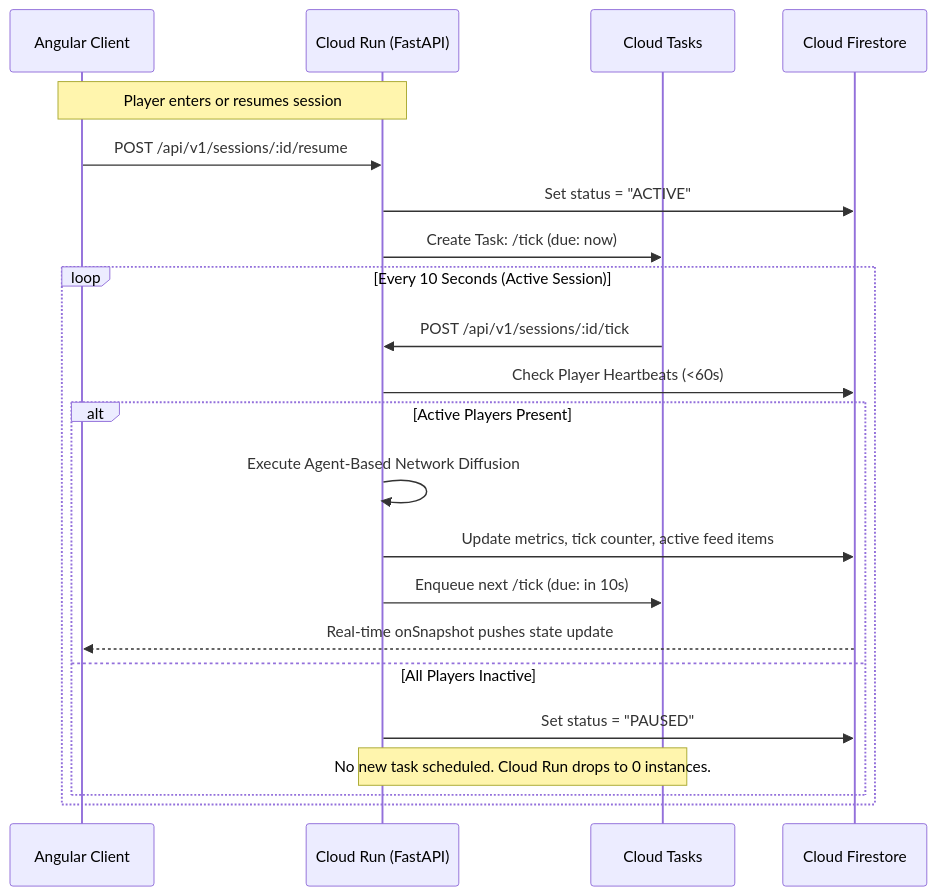
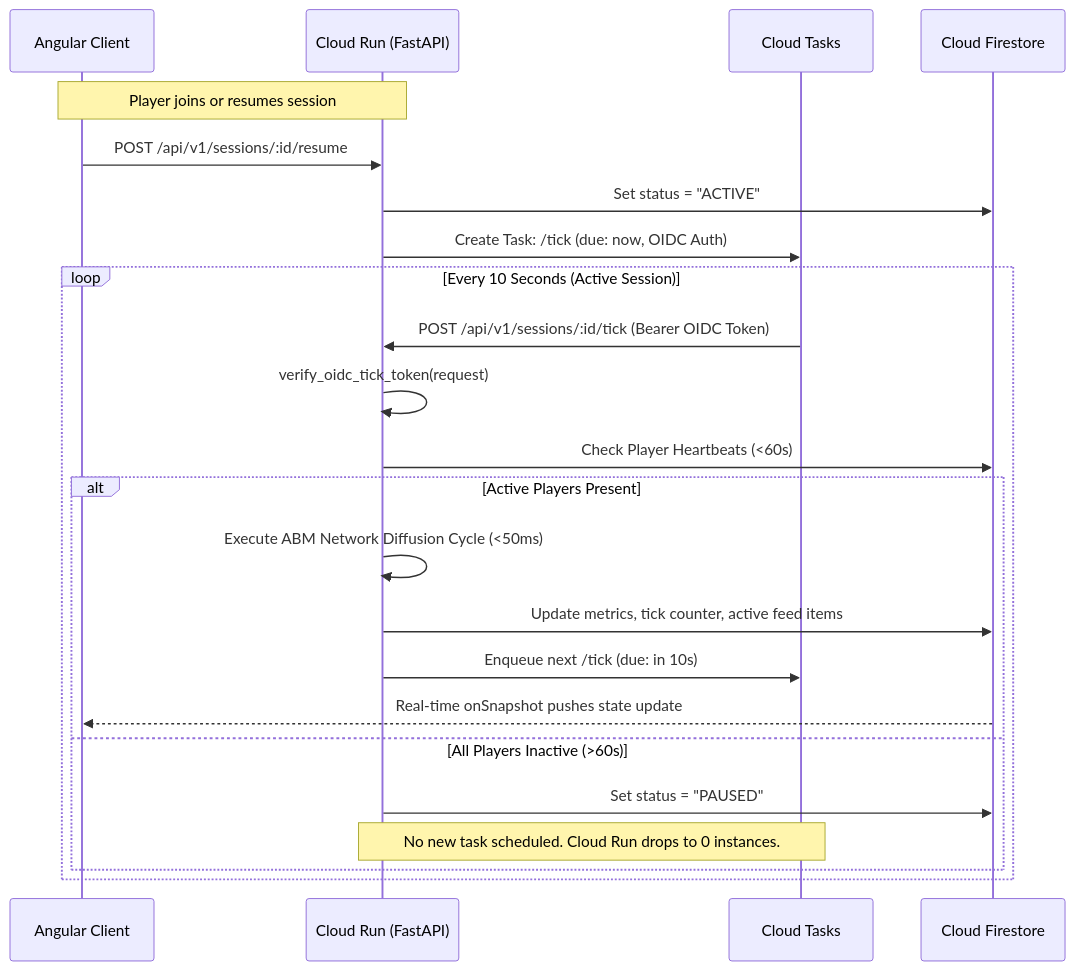
Before and after one commit to matzie5/info: the second of 3 diagrams in TECHNICAL_SPECIFICATION.md, drawn with Mermaid. The commit also changed other lines of this file and 64 other files, not shown here.

````diff
--- a/TECHNICAL_SPECIFICATION.md
+++ b/TECHNICAL_SPECIFICATION.md
@@ -87,26 +117,27 @@
 ```mermaid
 sequenceDiagram
     participant UI as Angular Client
     participant API as Cloud Run (FastAPI)
     participant CT as Cloud Tasks
     participant FS as Cloud Firestore
 
-    Note over UI,API: Player enters or resumes session
+    Note over UI,API: Player joins or resumes session
     UI->>API: POST /api/v1/sessions/:id/resume
     API->>FS: Set status = "ACTIVE"
-    API->>CT: Create Task: /tick (due: now)
+    API->>CT: Create Task: /tick (due: now, OIDC Auth)
     
     loop Every 10 Seconds (Active Session)
-        CT->>API: POST /api/v1/sessions/:id/tick
+        CT->>API: POST /api/v1/sessions/:id/tick (Bearer OIDC Token)
+        API->>API: verify_oidc_tick_token(request)
         API->>FS: Check Player Heartbeats (<60s)
         alt Active Players Present
-            API->>API: Execute Agent-Based Network Diffusion
+            API->>API: Execute ABM Network Diffusion Cycle (<50ms)
             API->>FS: Update metrics, tick counter, active feed items
             API->>CT: Enqueue next /tick (due: in 10s)
             FS-->>UI: Real-time onSnapshot pushes state update
-        else All Players Inactive
+        else All Players Inactive (>60s)
             API->>FS: Set status = "PAUSED"
             Note over API,CT: No new task scheduled. Cloud Run drops to 0 instances.
         end
     end
 ```
````
